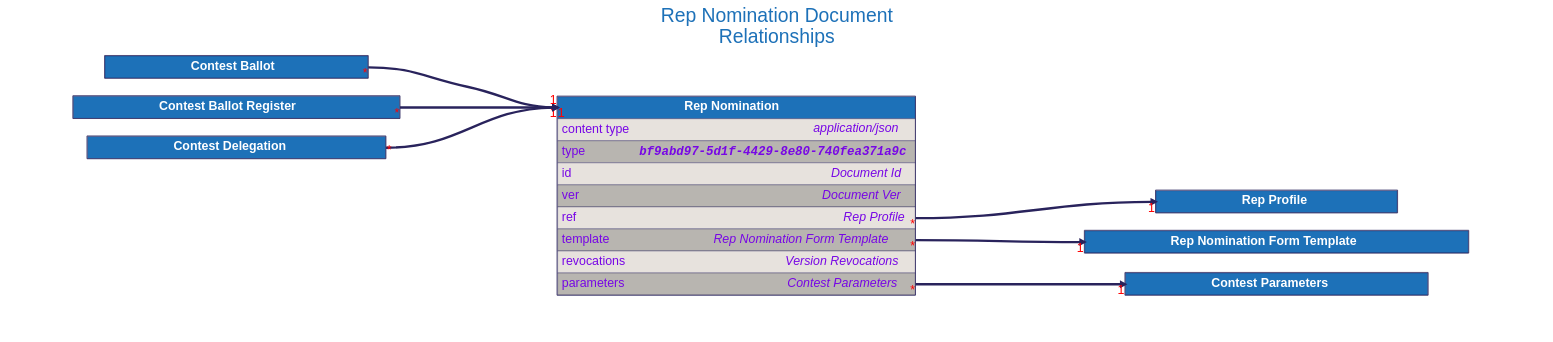
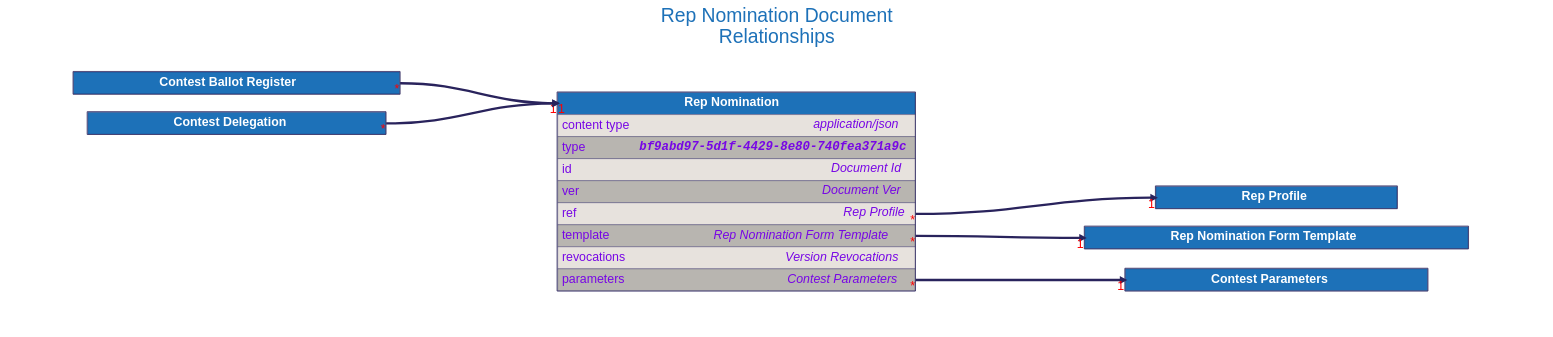
One commit to input-output-hk/catalyst-libs changed the diagram in docs/src/architecture/08_concepts/signed_doc/diagrams/rep_nomination.dot. Above: the diagram before and after it, drawn with Graphviz. The commit also changed 59 other files, not shown here.

```diff
--- a/docs/src/architecture/08_concepts/signed_doc/diagrams/rep_nomination.dot
+++ b/docs/src/architecture/08_concepts/signed_doc/diagrams/rep_nomination.dot
@@ -153,21 +153,6 @@
     ];
 
 
-    "Contest Ballot" [
-        id="Contest Ballot";
-        label=<
-            <TABLE BORDER="2" COLOR="#29235c" CELLBORDER="1" CELLSPACING="0" CELLPADDING="10">
-            <TR>
-                <TD PORT="title" BGCOLOR="#1d71b8" HREF="../contest_ballot/">
-                    <FONT COLOR="#ffffff"><B> Contest Ballot </B></FONT>
-                </TD>
-            </TR>
-
-            </TABLE>
-        >
-    ];
-
-
     "Contest Ballot Register" [
         id="Contest Ballot Register";
         label=<
@@ -201,7 +186,6 @@
     "Rep Nomination":"ref":e -> "Rep Profile":"title":w [dir=forward, penwidth=6, color="#29235c", headlabel="1", taillabel="*"]
     "Rep Nomination":"template":e -> "Rep Nomination Form Template":"title":w [dir=forward, penwidth=6, color="#29235c", headlabel="1", taillabel="*"]
     "Rep Nomination":"parameters":e -> "Contest Parameters":"title":w [dir=forward, penwidth=6, color="#29235c", headlabel="1", taillabel="*"]
-    "Contest Ballot":"title":e -> "Rep Nomination":"title":w [dir=forward, penwidth=6, color="#29235c", headlabel="1", taillabel="*"]
     "Contest Ballot Register":"title":e -> "Rep Nomination":"title":w [dir=forward, penwidth=6, color="#29235c", headlabel="1", taillabel="*"]
     "Contest Delegation":"title":e -> "Rep Nomination":"title":w [dir=forward, penwidth=6, color="#29235c", headlabel="1", taillabel="*"]
 }
```
